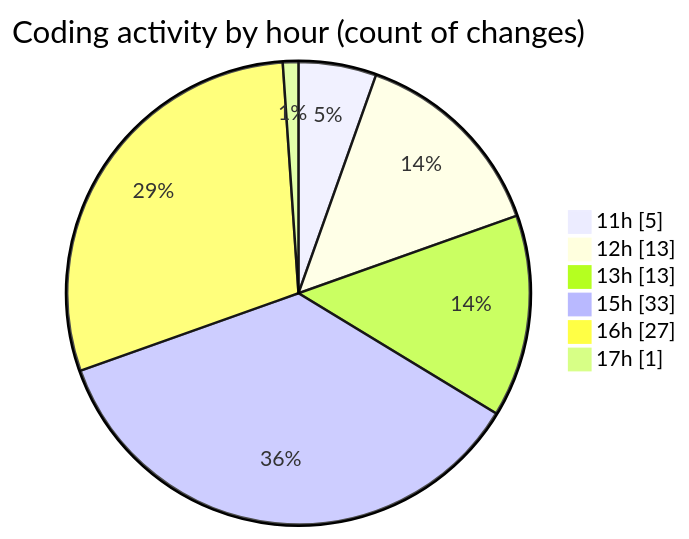
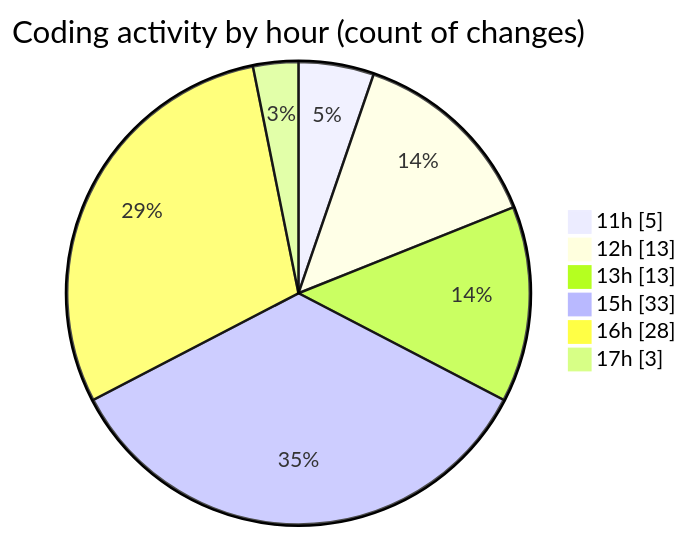
Before and after one commit to nxtqubesakshisongat/code-tracking: the second of 2 diagrams in 2025-08-06/nxtqube_webapp/README.md, drawn with Mermaid. The commit also changed other lines of this file and 1 other file, not shown here.

````diff
--- a/2025-08-06/nxtqube_webapp/README.md
+++ b/2025-08-06/nxtqube_webapp/README.md
@@ -41,10 +41,10 @@
 ```mermaid
 pie showData
 title Coding activity by hour (count of changes)
 "11h" : 5
 "12h" : 13
 "13h" : 13
 "15h" : 33
-"16h" : 27
-"17h" : 1
+"16h" : 28
+"17h" : 3
 ```
````
